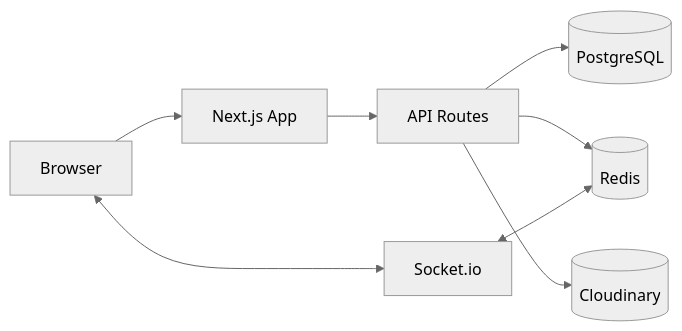
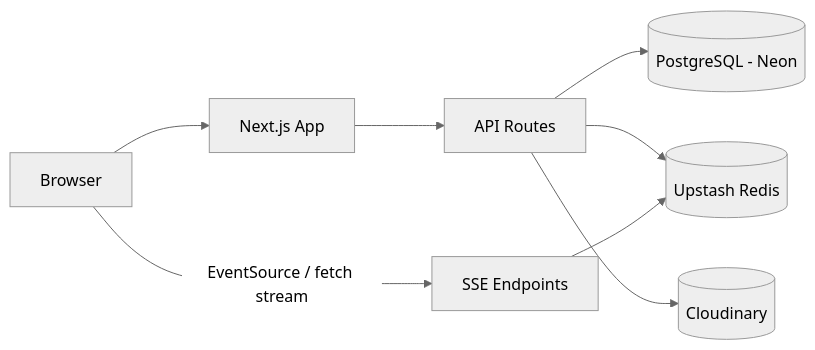
The first of 2 diagrams in dossier-certification/07-annexes/README.md (CLecart/social-network), drawn with Mermaid (neutral theme) before and after one commit. The commit also changed other lines of this file and 30 other files, not shown here.

Commit message:
Adding missing subjects - Conception diagram done

````diff
--- a/dossier-certification/07-annexes/README.md
+++ b/dossier-certification/07-annexes/README.md
@@ -114,10 +134,10 @@
 ```mermaid
 flowchart LR
     Client[Browser] --> Next[Next.js App]
     Next --> API[API Routes]
-    API --> DB[(PostgreSQL)]
-    API --> Redis[(Redis)]
+    API --> DB[(PostgreSQL - Neon)]
+    API --> Redis[(Upstash Redis)]
     API --> Cloudinary[(Cloudinary)]
-    Client <--> Socket[Socket.io]
-    Socket <--> Redis
+    Client -- "EventSource / fetch stream" --> SSE[SSE Endpoints]
+    SSE --> Redis
 ```
````
